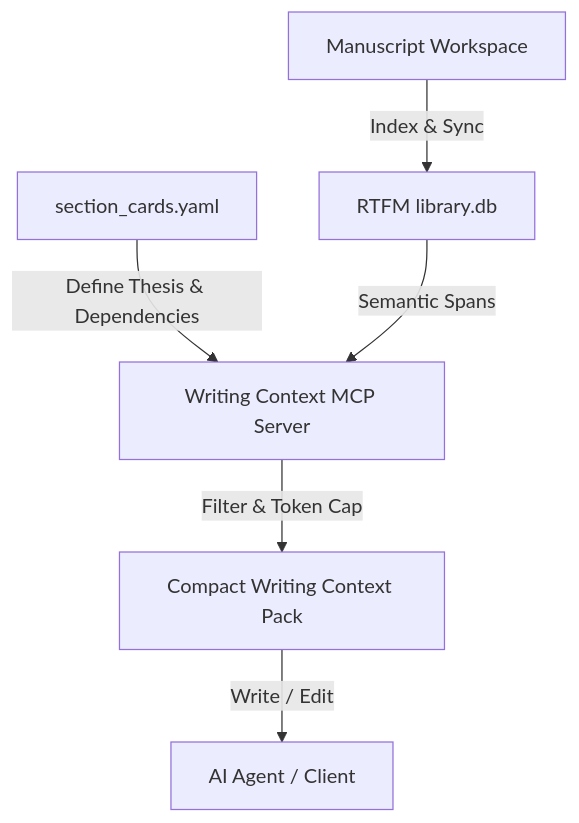
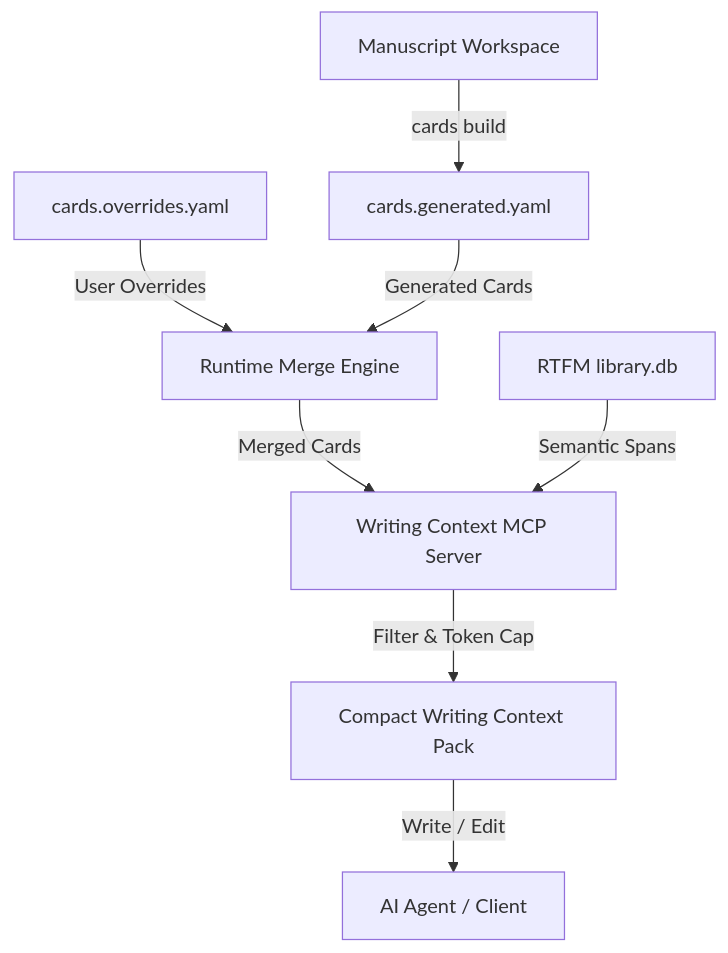
The diagram in docs/writing-context-rtfm_workflow_guide.md (joaocarlos/writing-context-rtfm), drawn with Mermaid before and after one commit. The commit also changed other lines of this file and 27 other files, not shown here.

````diff
--- a/docs/writing-context-rtfm_workflow_guide.md
+++ b/docs/writing-context-rtfm_workflow_guide.md
@@ -14,8 +14,10 @@
 ```mermaid
 graph TD
-    A[Manuscript Workspace] -->|Index & Sync| B[RTFM library.db]
-    C[section_cards.yaml] -->|Define Thesis & Dependencies| D[Writing Context MCP Server]
-    B -->|Semantic Spans| D
-    D -->|Filter & Token Cap| E[Compact Writing Context Pack]
-    E -->|Write / Edit| F[AI Agent / Client]
+    A[Manuscript Workspace] -->|cards build| B[cards.generated.yaml]
+    C[cards.overrides.yaml] -->|User Overrides| D[Runtime Merge Engine]
+    B -->|Generated Cards| D
+    D -->|Merged Cards| E[Writing Context MCP Server]
+    F[RTFM library.db] -->|Semantic Spans| E
+    E -->|Filter & Token Cap| G[Compact Writing Context Pack]
+    G -->|Write / Edit| H[AI Agent / Client]
 ```
````
